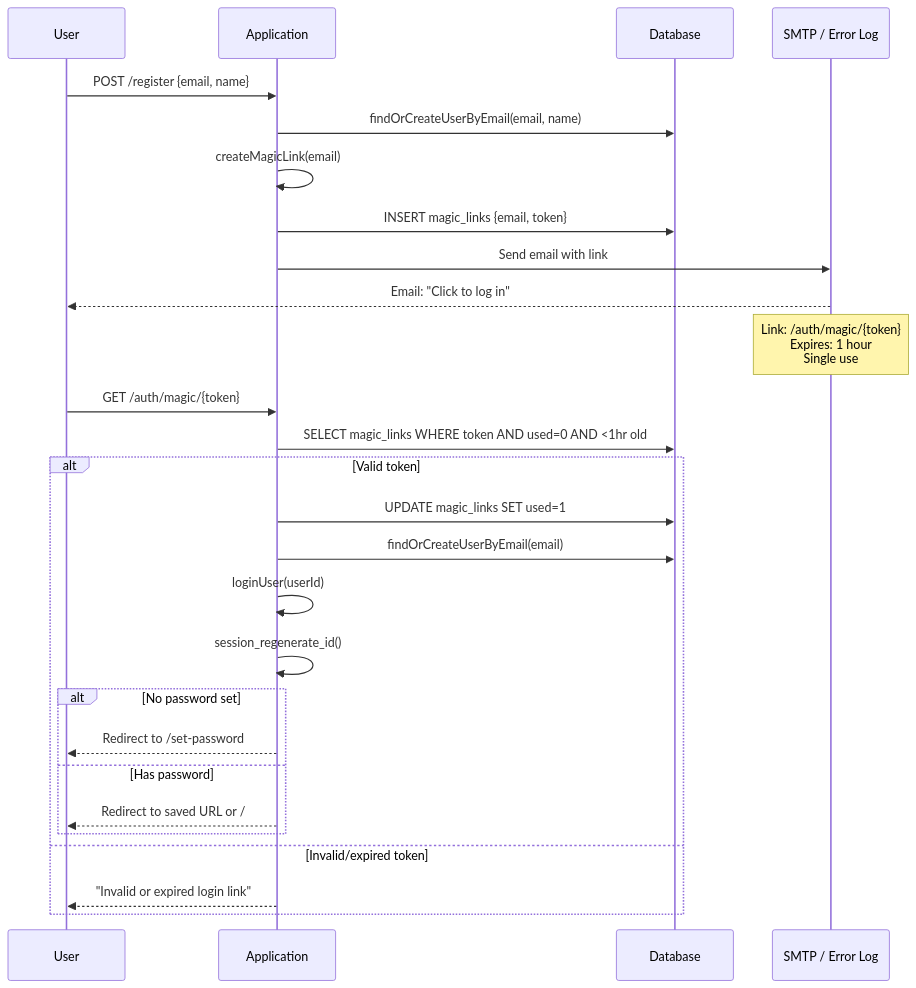
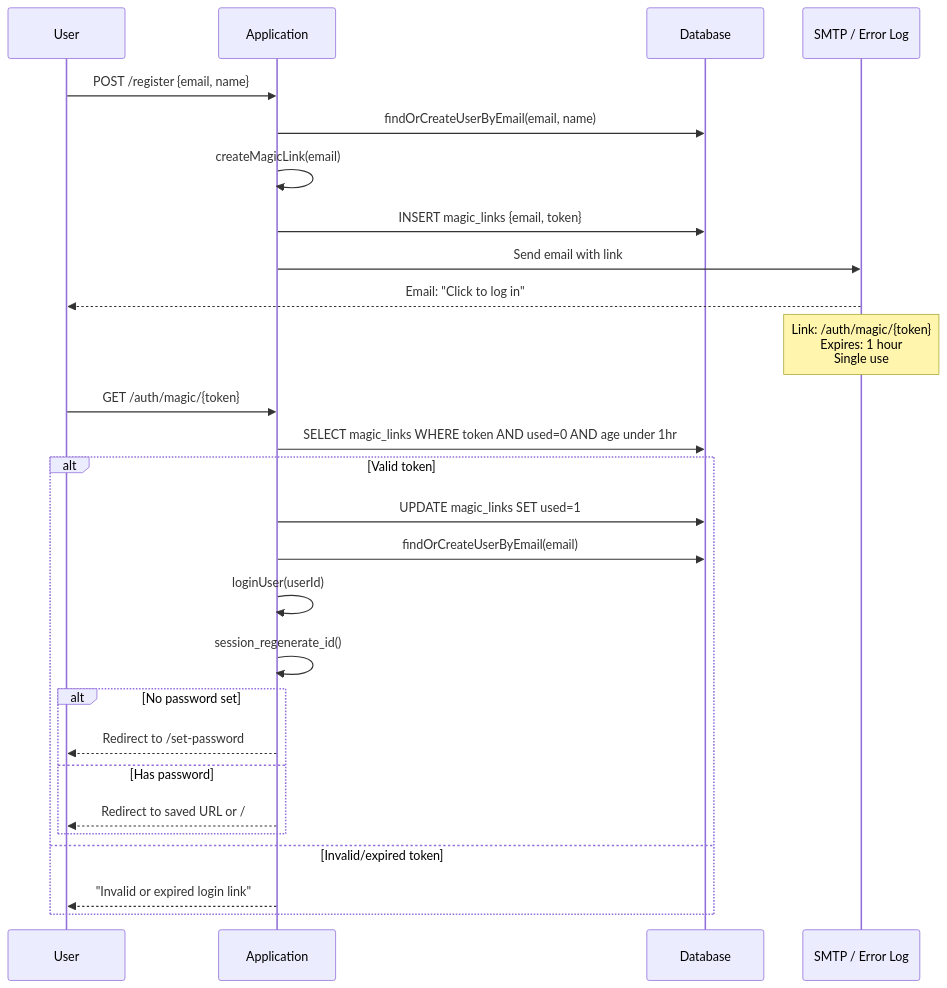
The third of 12 diagrams in doc/DEVELOPER.md (robsartin/heirloom), drawn with Mermaid before and after one commit. The commit also changed other lines of this file, not shown here.

First line of the commit message:
Fix Mermaid diagrams in developer docs

````diff
--- a/doc/DEVELOPER.md
+++ b/doc/DEVELOPER.md
@@ -78,31 +82,31 @@
 ```mermaid
 sequenceDiagram
     participant U as User
     participant App as Application
     participant DB as Database
     participant Mail as SMTP / Error Log
 
     U->>App: POST /register {email, name}
     App->>DB: findOrCreateUserByEmail(email, name)
     App->>App: createMagicLink(email)
     App->>DB: INSERT magic_links {email, token}
     App->>Mail: Send email with link
     Mail-->>U: Email: "Click to log in"
     Note over Mail: Link: /auth/magic/{token}<br/>Expires: 1 hour<br/>Single use
 
     U->>App: GET /auth/magic/{token}
-    App->>DB: SELECT magic_links WHERE token AND used=0 AND <1hr old
+    App->>DB: SELECT magic_links WHERE token AND used=0 AND age under 1hr
     alt Valid token
         App->>DB: UPDATE magic_links SET used=1
         App->>DB: findOrCreateUserByEmail(email)
         App->>App: loginUser(userId)
         App->>App: session_regenerate_id()
         alt No password set
             App-->>U: Redirect to /set-password
         else Has password
             App-->>U: Redirect to saved URL or /
         end
     else Invalid/expired token
         App-->>U: "Invalid or expired login link"
     end
 ```
````
